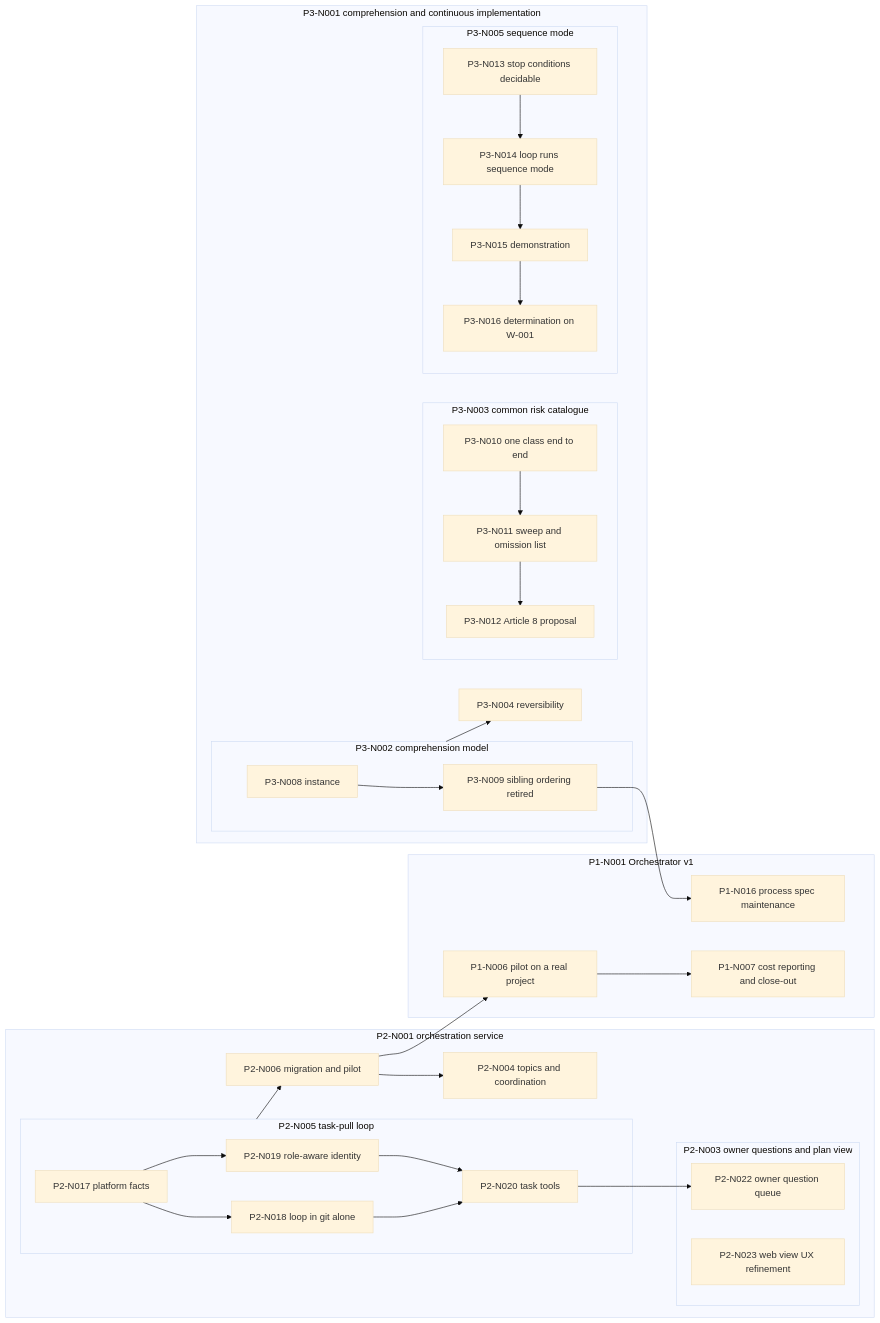
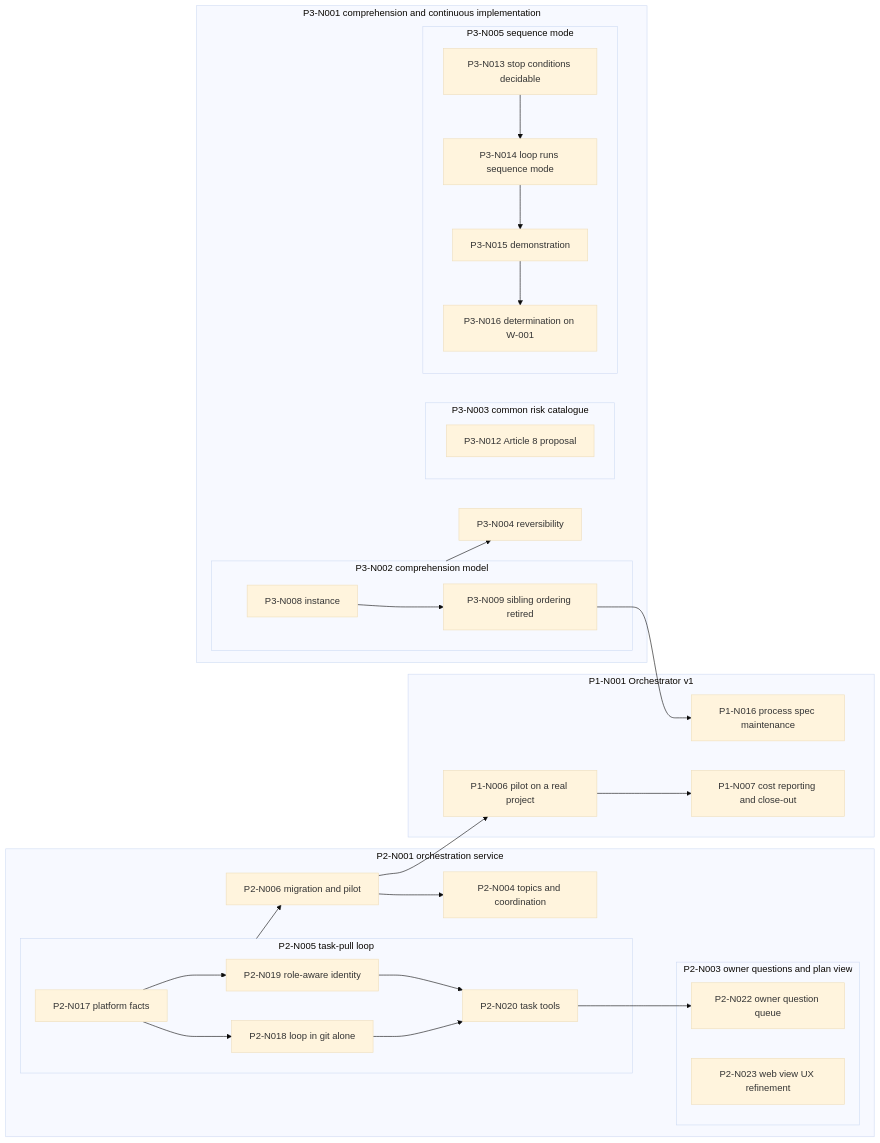
Before and after one commit to majodali/project-orchestrator: the diagram in docs/plan.md, drawn with Mermaid (base theme). The commit also changed other lines of this file and 6 other files, not shown here.

````diff
--- a/docs/plan.md
+++ b/docs/plan.md
@@ -512,52 +512,49 @@
 ```mermaid
 graph LR
   subgraph P1N001["P1-N001 Orchestrator v1"]
     P1N016["P1-N016 process spec maintenance"]
     P1N006["P1-N006 pilot on a real project"]
     P1N007["P1-N007 cost reporting and close-out"]
   end
   subgraph P2N001["P2-N001 orchestration service"]
     subgraph P2N003["P2-N003 owner questions and plan view"]
       P2N022["P2-N022 owner question queue"]
       P2N023["P2-N023 web view UX refinement"]
     end
     P2N004["P2-N004 topics and coordination"]
     subgraph P2N005["P2-N005 task-pull loop"]
       P2N017["P2-N017 platform facts"]
       P2N018["P2-N018 loop in git alone"]
       P2N019["P2-N019 role-aware identity"]
       P2N020["P2-N020 task tools"]
     end
     P2N006["P2-N006 migration and pilot"]
   end
   subgraph P3N001["P3-N001 comprehension and continuous implementation"]
     subgraph P3N002["P3-N002 comprehension model"]
       P3N008["P3-N008 instance"]
       P3N009["P3-N009 sibling ordering retired"]
     end
     subgraph P3N003["P3-N003 common risk catalogue"]
-      P3N010["P3-N010 one class end to end"]
-      P3N011["P3-N011 sweep and omission list"]
       P3N012["P3-N012 Article 8 proposal"]
     end
     P3N004["P3-N004 reversibility"]
     subgraph P3N005["P3-N005 sequence mode"]
       P3N013["P3-N013 stop conditions decidable"]
       P3N014["P3-N014 loop runs sequence mode"]
       P3N015["P3-N015 demonstration"]
       P3N016["P3-N016 determination on W-001"]
     end
   end
   P3N008 --> P3N009
-  P3N010 --> P3N011 --> P3N012
   P3N013 --> P3N014 --> P3N015 --> P3N016
   P3N002 --> P3N004
   P2N017 --> P2N018 --> P2N020
   P2N017 --> P2N019 --> P2N020
   P2N020 --> P2N022
   P2N005 --> P2N006
   P2N006 --> P2N004
   P2N006 --> P1N006
   P1N006 --> P1N007
   P3N009 --> P1N016
 ```
````
